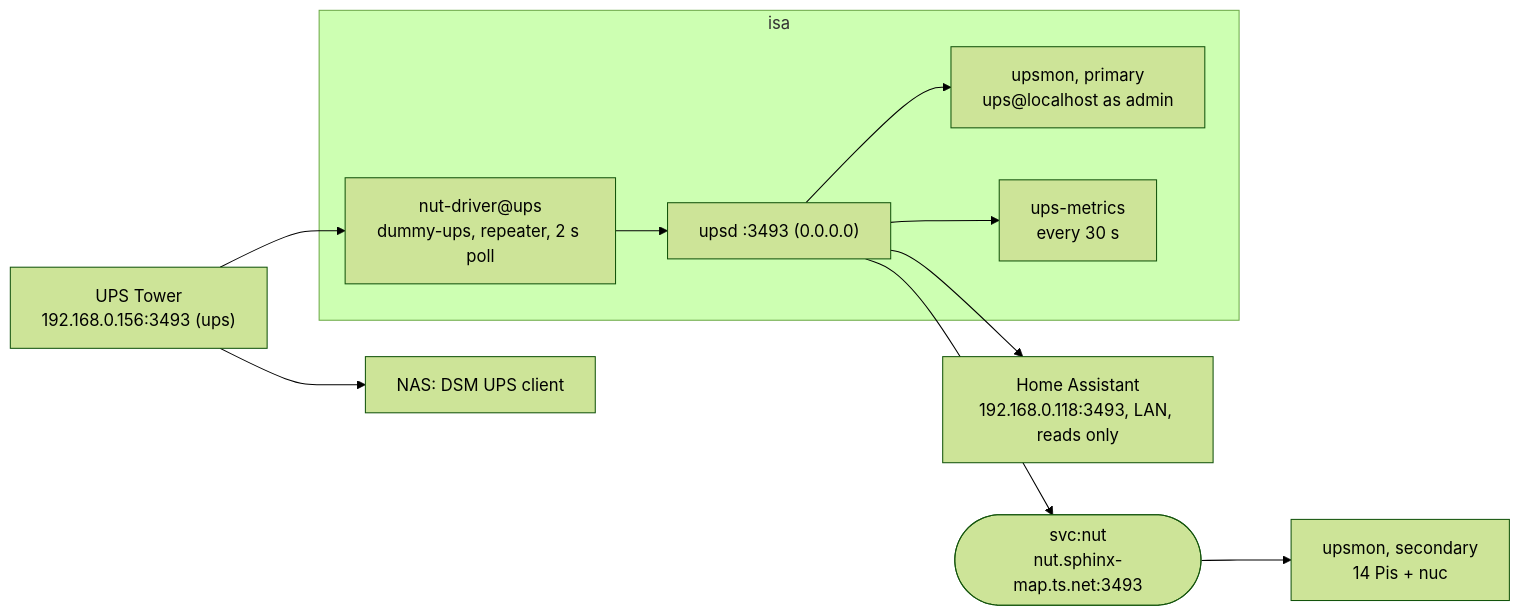
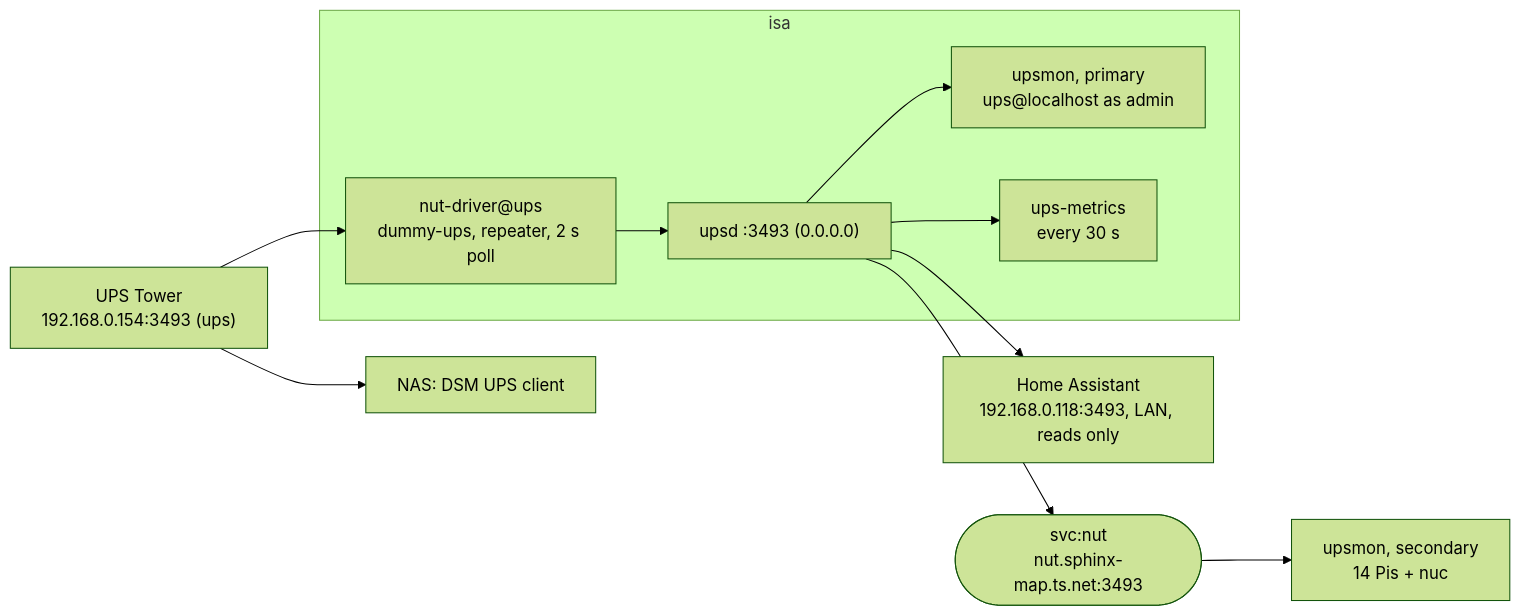
Before and after one commit to SpechtLabs/homelab: the diagram in docs/elbschloss/docs/reference/ups-and-nut.md, drawn with Mermaid (forest theme). The commit also changed other lines of this file and 11 other files, not shown here.

First line of the commit message:
fix(nut-server): the UPS Tower is at 192.168.0.154; a lost upstream no longer looks like mains

````diff
--- a/docs/elbschloss/docs/reference/ups-and-nut.md
+++ b/docs/elbschloss/docs/reference/ups-and-nut.md
@@ -22,19 +22,19 @@
 ```mermaid
 flowchart LR
-  ups["UPS Tower<br/>192.168.0.156:3493 (ups)"]
+  ups["UPS Tower<br/>192.168.0.154:3493 (ups)"]
   subgraph isa
     drv["nut-driver@ups<br/>dummy-ups, repeater, 2 s poll"]
     upsd["upsd :3493 (0.0.0.0)"]
     mon["upsmon, primary<br/>ups@localhost as admin"]
     met["ups-metrics<br/>every 30 s"]
   end
   svc(["svc:nut<br/>nut.sphinx-map.ts.net:3493"])
   pis["upsmon, secondary<br/>14 Pis + nuc"]
   hass["Home Assistant<br/>192.168.0.118:3493, LAN, reads only"]
   nas["NAS: DSM UPS client"]
   ups --> drv --> upsd --> svc --> pis
   upsd --> mon
   upsd --> met
   upsd --> hass
   ups --> nas
 ```
````
